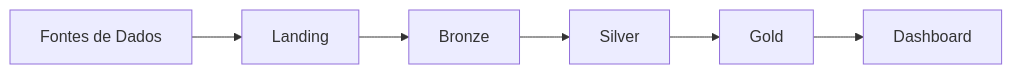
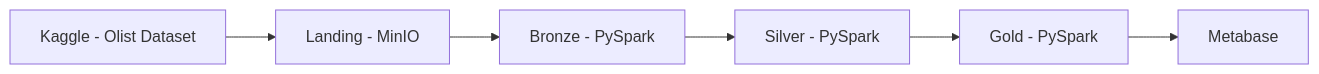
One commit to octaviodemos/projeto-final-ed changed the diagram in docs/arquitetura.md. Above: the diagram before and after it, drawn with Mermaid. The commit also changed other lines of this file and 6 other files, not shown here.

Commit message:
docs: adicionando mkdocs landing e bronze

````diff
--- a/docs/arquitetura.md
+++ b/docs/arquitetura.md
@@ -9,8 +7,10 @@
 ```mermaid
 flowchart LR
-    A[Fontes de Dados] --> B[Landing]
-    B --> C[Bronze]
-    C --> D[Silver]
-    D --> E[Gold]
-    E --> F[Dashboard]
+    A[Kaggle - Olist Dataset] --> B[Landing - MinIO]
+
+    B --> C[Bronze - PySpark]
+    C --> D[Silver - PySpark]
+    D --> E[Gold - PySpark]
+
+    E --> F[Metabase]
 ```
````
